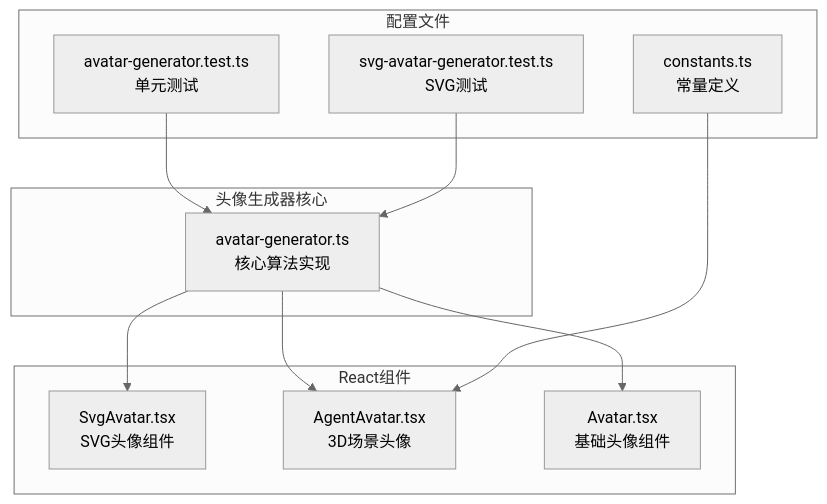
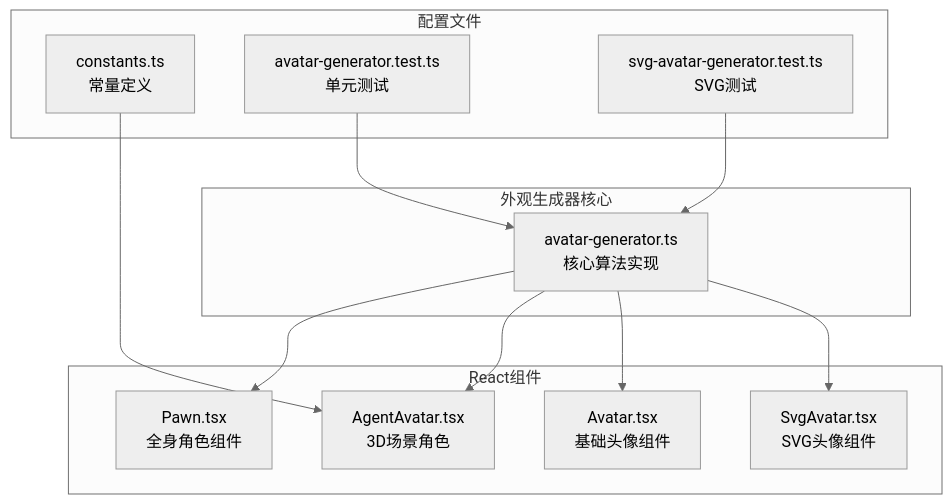
Before and after one commit to WW-AI-Lab/openclaw-office: the first of 6 diagrams in .qoder/repowiki/zh/content/工具函数库/SVG头像生成器.md, drawn with Mermaid (neutral theme). The commit also changed other lines of this file and 15 other files, not shown here.

````diff
--- a/.qoder/repowiki/zh/content/工具函数库/SVG头像生成器.md
+++ b/.qoder/repowiki/zh/content/工具函数库/SVG头像生成器.md
@@ -34,22 +37,24 @@
 ```mermaid
 graph TB
-subgraph "头像生成器核心"
+subgraph "外观生成器核心"
 AG["avatar-generator.ts<br/>核心算法实现"]
 end
 subgraph "React组件"
-SA["SvgAvatar.tsx<br/>SVG头像组件"]
-AA["AgentAvatar.tsx<br/>3D场景头像"]
+P["Pawn.tsx<br/>全身角色组件"]
+AA["AgentAvatar.tsx<br/>3D场景角色"]
 AV["Avatar.tsx<br/>基础头像组件"]
+S["SvgAvatar.tsx<br/>SVG头像组件"]
 end
 subgraph "配置文件"
 C["constants.ts<br/>常量定义"]
 T1["avatar-generator.test.ts<br/>单元测试"]
 T2["svg-avatar-generator.test.ts<br/>SVG测试"]
 end
-AG --> SA
+AG --> P
 AG --> AA
 AG --> AV
+AG --> S
 C --> AA
 T1 --> AG
 T2 --> AG
 ```
````
